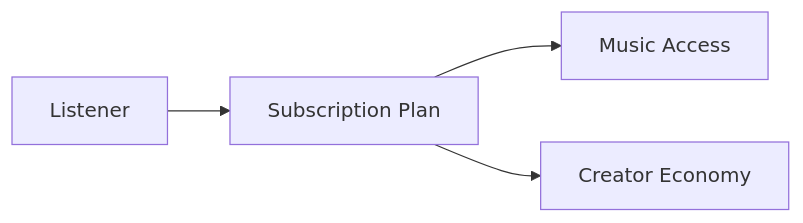
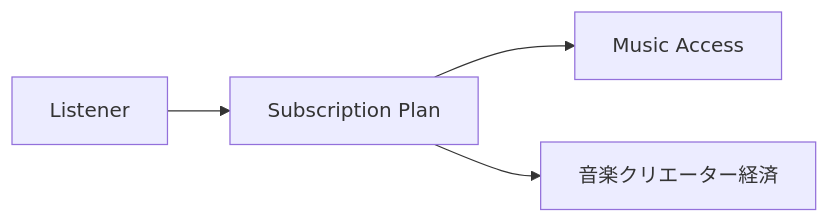
One commit to ShigeichiroYamasaki/creator-first-platform changed the second of 27 diagrams in docs/whitepaper/06-economics-mathjax.md. Above: the diagram before and after it, drawn with Mermaid. The commit also changed other lines of this file and 67 other files, not shown here.

````diff
--- a/docs/whitepaper/06-economics-mathjax.md
+++ b/docs/whitepaper/06-economics-mathjax.md
@@ -91,11 +91,11 @@
 ```mermaid
 flowchart LR
     USER[Listener]
     PLAN[Subscription Plan]
     ACCESS[Music Access]
-    ECON[Creator Economy]
+    ECON[音楽クリエーター経済]
 
     USER --> PLAN
     PLAN --> ACCESS
     PLAN --> ECON
 ```
````
